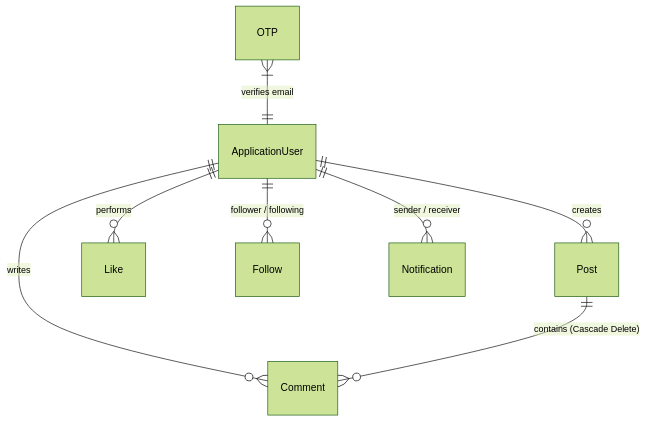
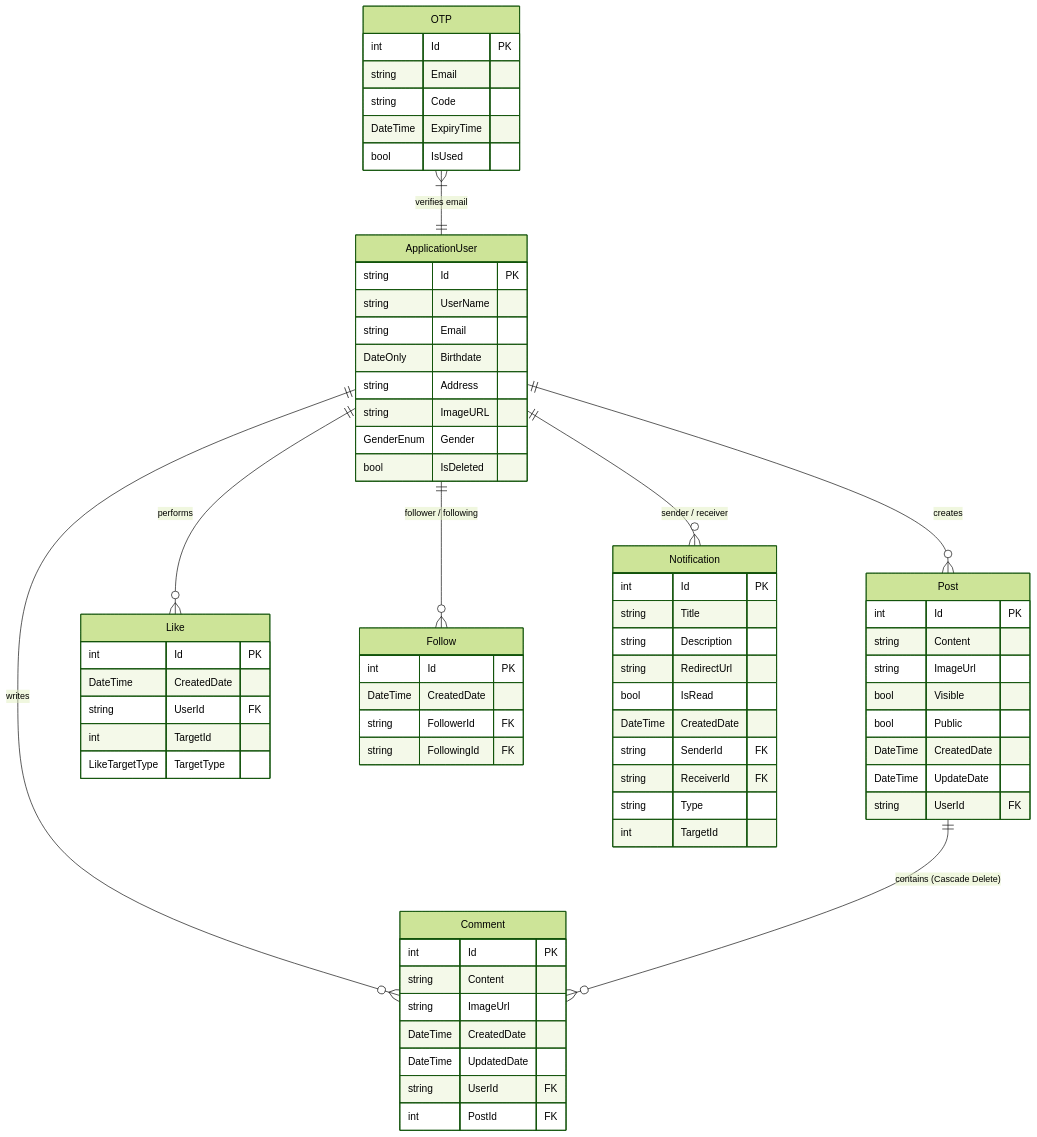
The diagram in README.md (Mahmoudssanad/Vevien-), drawn with Mermaid (forest theme) before and after one commit. The commit also changed other lines of this file and 6 other files, not shown here.

````diff
--- a/README.md
+++ b/README.md
@@ -48,10 +193,78 @@
 ```mermaid
 erDiagram
     ApplicationUser ||--o{ Post : "creates"
     ApplicationUser ||--o{ Comment : "writes"
     ApplicationUser ||--o{ Like : "performs"
     ApplicationUser ||--o{ Follow : "follower / following"
     ApplicationUser ||--o{ Notification : "sender / receiver"
     Post ||--o{ Comment : "contains (Cascade Delete)"
     OTP }|--|| ApplicationUser : "verifies email"
+
+    ApplicationUser {
+        string Id PK
+        string UserName
+        string Email
+        DateOnly Birthdate
+        string Address
+        string ImageURL
+        GenderEnum Gender
+        bool IsDeleted
+    }
+
+    Post {
+        int Id PK
+        string Content
+        string ImageUrl
+        bool Visible
+        bool Public
+        DateTime CreatedDate
+        DateTime UpdateDate
+        string UserId FK
+    }
+
+    Comment {
+        int Id PK
+        string Content
+        string ImageUrl
+        DateTime CreatedDate
+        DateTime UpdatedDate
+        string UserId FK
+        int PostId FK
+    }
+
+    Like {
+        int Id PK
+        DateTime CreatedDate
+        string UserId FK
+        int TargetId
+        LikeTargetType TargetType
+    }
+
+    Follow {
+        int Id PK
+        DateTime CreatedDate
+        string FollowerId FK
+        string FollowingId FK
+    }
+
+    Notification {
+        int Id PK
+        string Title
+        string Description
+        string RedirectUrl
+        bool IsRead
+        DateTime CreatedDate
+        string SenderId FK
+        string ReceiverId FK
+        string Type
+        int TargetId
+    }
+
+    OTP {
+        int Id PK
+        string Email
+        string Code
+        DateTime ExpiryTime
+        bool IsUsed
+    }
 ```
````
